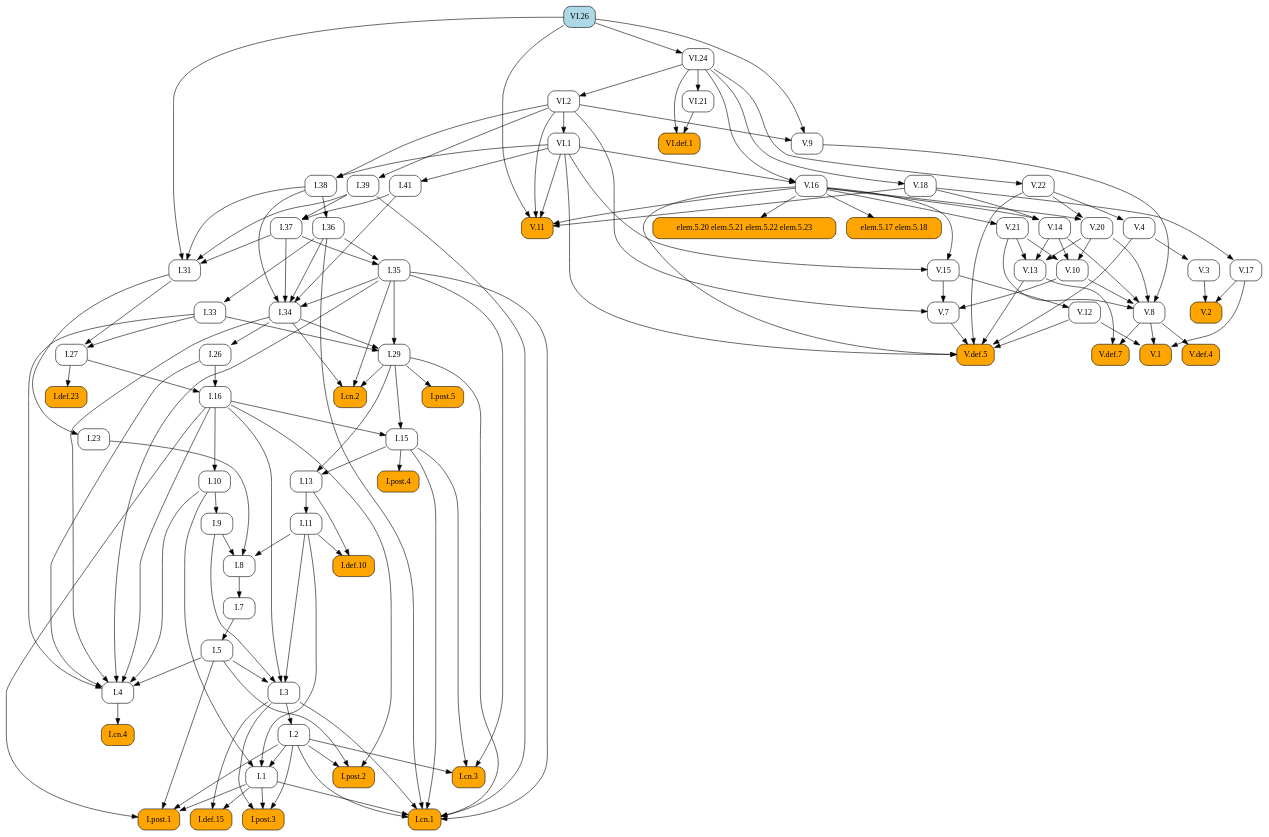
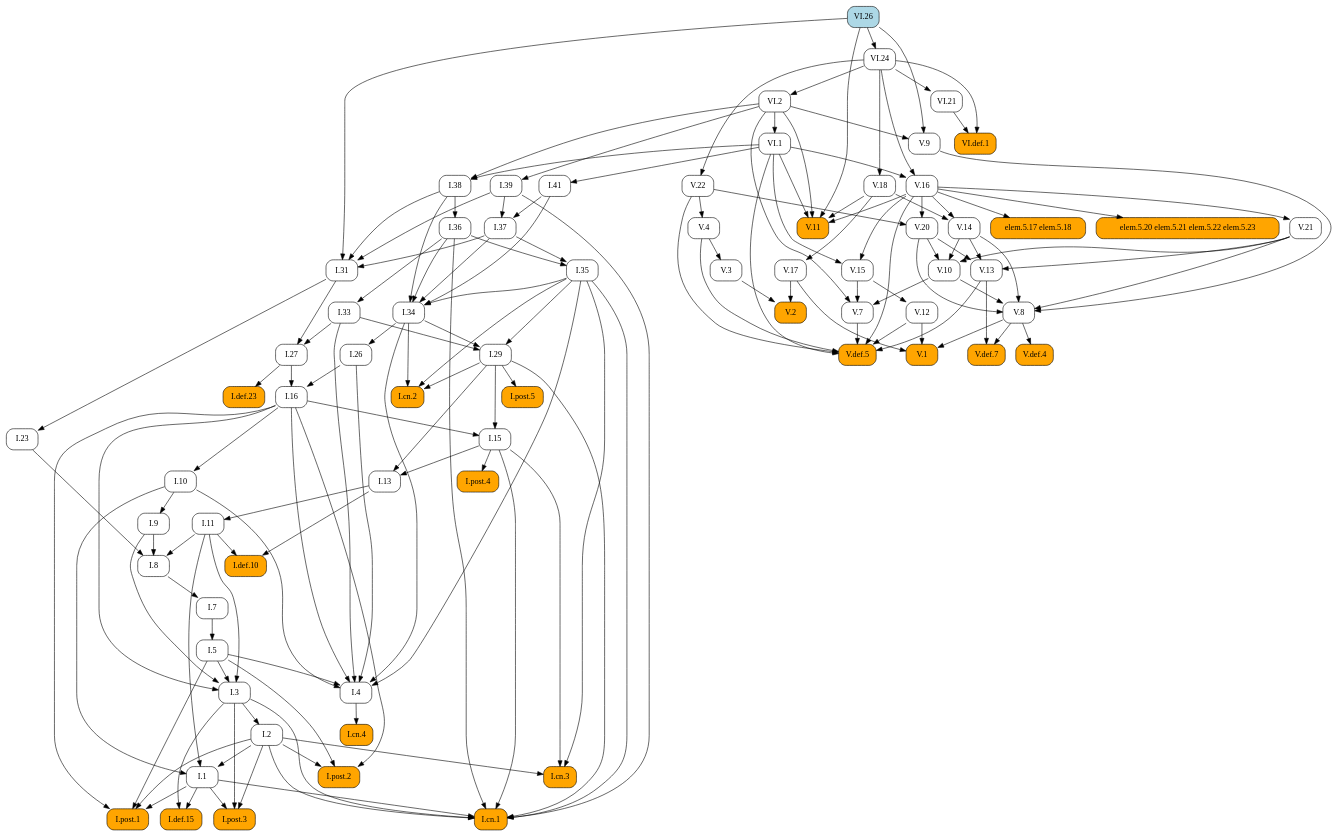
The diagram in docsrc/heath/VI/26/index.rst (geometor/elements), drawn with Graphviz before and after one commit. The commit also changed other lines of this file and 1029 other files, not shown here.

```diff
--- a/docsrc/heath/VI/26/index.rst
+++ b/docsrc/heath/VI/26/index.rst
@@ -50,135 +50,82 @@
    digraph {
      rankdir="TB";
      node [shape=box, style=rounded];
+     "I.def.10" [style="rounded,filled", fillcolor=orange, URL="/heath/I/def.10/", target="_top"];
+     "I.11" [URL="/heath/I/11/", target="_top"];
+     "I.post.4" [style="rounded,filled", fillcolor=orange, URL="/heath/I/post.4/", target="_top"];
+     "I.1" [URL="/heath/I/1/", target="_top"];
+     "VI.21" [URL="/heath/VI/21/", target="_top"];
+     "V.def.5" [style="rounded,filled", fillcolor=orange, URL="/heath/V/def.5/", target="_top"];
+     "V.13" [URL="/heath/V/13/", target="_top"];
+     "V.11" [style="rounded,filled", fillcolor=orange, URL="/heath/V/11/", target="_top"];
+     "I.post.3" [style="rounded,filled", fillcolor=orange, URL="/heath/I/post.3/", target="_top"];
+     "VI.1" [URL="/heath/VI/1/", target="_top"];
+     "I.cn.3" [style="rounded,filled", fillcolor=orange, URL="/heath/I/cn.3/", target="_top"];
+     "V.16" [URL="/heath/V/16/", target="_top"];
+     "V.3" [URL="/heath/V/3/", target="_top"];
+     "V.8" [URL="/heath/V/8/", target="_top"];
+     "I.27" [URL="/heath/I/27/", target="_top"];
+     "I.36" [URL="/heath/I/36/", target="_top"];
+     "I.41" [URL="/heath/I/41/", target="_top"];
+     "I.37" [URL="/heath/I/37/", target="_top"];
+     "I.34" [URL="/heath/I/34/", target="_top"];
+     "I.2" [URL="/heath/I/2/", target="_top"];
+     "I.def.23" [style="rounded,filled", fillcolor=orange, URL="/heath/I/def.23/", target="_top"];
+     "I.33" [URL="/heath/I/33/", target="_top"];
+     "I.post.2" [style="rounded,filled", fillcolor=orange, URL="/heath/I/post.2/", target="_top"];
+     "VI.def.1" [style="rounded,filled", fillcolor=orange, URL="/heath/VI/def.1/", target="_top"];
+     "elem.5.20 elem.5.21 elem.5.22 elem.5.23" [style="rounded,filled", fillcolor=orange];
+     "I.9" [URL="/heath/I/9/", target="_top"];
+     "VI.26" [style="rounded,filled", fillcolor=lightblue, URL="/heath/VI/26/", target="_top"];
+     "V.def.4" [style="rounded,filled", fillcolor=orange, URL="/heath/V/def.4/", target="_top"];
+     "I.cn.4" [style="rounded,filled", fillcolor=orange, URL="/heath/I/cn.4/", target="_top"];
+     "I.15" [URL="/heath/I/15/", target="_top"];
+     "I.38" [URL="/heath/I/38/", target="_top"];
+     "V.def.7" [style="rounded,filled", fillcolor=orange, URL="/heath/V/def.7/", target="_top"];
+     "I.5" [URL="/heath/I/5/", target="_top"];
+     "V.21" [URL="/heath/V/21/", target="_top"];
+     "I.39" [URL="/heath/I/39/", target="_top"];
+     "I.26" [URL="/heath/I/26/", target="_top"];
+     "V.14" [URL="/heath/V/14/", target="_top"];
+     "I.29" [URL="/heath/I/29/", target="_top"];
+     "V.22" [URL="/heath/V/22/", target="_top"];
+     "V.12" [URL="/heath/V/12/", target="_top"];
+     "I.cn.2" [style="rounded,filled", fillcolor=orange, URL="/heath/I/cn.2/", target="_top"];
+     "V.20" [URL="/heath/V/20/", target="_top"];
+     "V.10" [URL="/heath/V/10/", target="_top"];
+     "VI.2" [URL="/heath/VI/2/", target="_top"];
+     "I.def.15" [style="rounded,filled", fillcolor=orange, URL="/heath/I/def.15/", target="_top"];
+     "V.15" [URL="/heath/V/15/", target="_top"];
+     "I.cn.1" [style="rounded,filled", fillcolor=orange, URL="/heath/I/cn.1/", target="_top"];
+     "V.7" [URL="/heath/V/7/", target="_top"];
+     "V.9" [URL="/heath/V/9/", target="_top"];
+     "V.18" [URL="/heath/V/18/", target="_top"];
+     "I.23" [URL="/heath/I/23/", target="_top"];
+     "I.post.1" [style="rounded,filled", fillcolor=orange, URL="/heath/I/post.1/", target="_top"];
+     "I.35" [URL="/heath/I/35/", target="_top"];
+     "I.7" [URL="/heath/I/7/", target="_top"];
+     "I.3" [URL="/heath/I/3/", target="_top"];
+     "I.4" [URL="/heath/I/4/", target="_top"];
+     "V.17" [URL="/heath/V/17/", target="_top"];
+     "I.13" [URL="/heath/I/13/", target="_top"];
+     "V.4" [URL="/heath/V/4/", target="_top"];
+     "I.31" [URL="/heath/I/31/", target="_top"];
      "V.1" [style="rounded,filled", fillcolor=orange, URL="/heath/V/1/", target="_top"];
-     "I.7" [URL="/heath/I/7/", target="_top"];
-     "I.29" [URL="/heath/I/29/", target="_top"];
-     "I.27" [URL="/heath/I/27/", target="_top"];
-     "I.def.23" [style="rounded,filled", fillcolor=orange, URL="/heath/I/def.23/", target="_top"];
-     "V.20" [URL="/heath/V/20/", target="_top"];
-     "I.34" [URL="/heath/I/34/", target="_top"];
+     "I.16" [URL="/heath/I/16/", target="_top"];
+     "VI.24" [URL="/heath/VI/24/", target="_top"];
+     "elem.5.17 elem.5.18" [style="rounded,filled", fillcolor=orange];
      "I.8" [URL="/heath/I/8/", target="_top"];
      "V.2" [style="rounded,filled", fillcolor=orange, URL="/heath/V/2/", target="_top"];
-     "I.9" [URL="/heath/I/9/", target="_top"];
-     "V.22" [URL="/heath/V/22/", target="_top"];
-     "I.post.4" [style="rounded,filled", fillcolor=orange, URL="/heath/I/post.4/", target="_top"];
-     "I.2" [URL="/heath/I/2/", target="_top"];
-     "VI.21" [URL="/heath/VI/21/", target="_top"];
-     "V.4" [URL="/heath/V/4/", target="_top"];
-     "I.cn.4" [style="rounded,filled", fillcolor=orange, URL="/heath/I/cn.4/", target="_top"];
-     "VI.24" [URL="/heath/VI/24/", target="_top"];
-     "VI.2" [URL="/heath/VI/2/", target="_top"];
-     "elem.5.20 elem.5.21 elem.5.22 elem.5.23" [style="rounded,filled", fillcolor=orange];
-     "I.23" [URL="/heath/I/23/", target="_top"];
-     "I.13" [URL="/heath/I/13/", target="_top"];
-     "I.5" [URL="/heath/I/5/", target="_top"];
-     "VI.26" [style="rounded,filled", fillcolor=lightblue, URL="/heath/VI/26/", target="_top"];
-     "I.11" [URL="/heath/I/11/", target="_top"];
-     "I.4" [URL="/heath/I/4/", target="_top"];
-     "I.def.10" [style="rounded,filled", fillcolor=orange, URL="/heath/I/def.10/", target="_top"];
-     "I.post.3" [style="rounded,filled", fillcolor=orange, URL="/heath/I/post.3/", target="_top"];
-     "V.9" [URL="/heath/V/9/", target="_top"];
-     "VI.def.1" [style="rounded,filled", fillcolor=orange, URL="/heath/VI/def.1/", target="_top"];
-     "elem.5.17 elem.5.18" [style="rounded,filled", fillcolor=orange];
-     "V.17" [URL="/heath/V/17/", target="_top"];
-     "V.3" [URL="/heath/V/3/", target="_top"];
-     "I.36" [URL="/heath/I/36/", target="_top"];
-     "V.12" [URL="/heath/V/12/", target="_top"];
-     "I.15" [URL="/heath/I/15/", target="_top"];
-     "I.41" [URL="/heath/I/41/", target="_top"];
-     "V.def.5" [style="rounded,filled", fillcolor=orange, URL="/heath/V/def.5/", target="_top"];
-     "I.cn.3" [style="rounded,filled", fillcolor=orange, URL="/heath/I/cn.3/", target="_top"];
-     "V.16" [URL="/heath/V/16/", target="_top"];
-     "I.38" [URL="/heath/I/38/", target="_top"];
-     "V.15" [URL="/heath/V/15/", target="_top"];
-     "V.def.4" [style="rounded,filled", fillcolor=orange, URL="/heath/V/def.4/", target="_top"];
-     "V.21" [URL="/heath/V/21/", target="_top"];
-     "V.8" [URL="/heath/V/8/", target="_top"];
-     "V.7" [URL="/heath/V/7/", target="_top"];
-     "I.1" [URL="/heath/I/1/", target="_top"];
-     "I.def.15" [style="rounded,filled", fillcolor=orange, URL="/heath/I/def.15/", target="_top"];
-     "I.post.1" [style="rounded,filled", fillcolor=orange, URL="/heath/I/post.1/", target="_top"];
-     "V.13" [URL="/heath/V/13/", target="_top"];
-     "I.26" [URL="/heath/I/26/", target="_top"];
-     "I.33" [URL="/heath/I/33/", target="_top"];
-     "V.def.7" [style="rounded,filled", fillcolor=orange, URL="/heath/V/def.7/", target="_top"];
-     "I.39" [URL="/heath/I/39/", target="_top"];
-     "I.cn.2" [style="rounded,filled", fillcolor=orange, URL="/heath/I/cn.2/", target="_top"];
-     "V.10" [URL="/heath/V/10/", target="_top"];
+     "I.post.5" [style="rounded,filled", fillcolor=orange, URL="/heath/I/post.5/", target="_top"];
      "I.10" [URL="/heath/I/10/", target="_top"];
-     "I.3" [URL="/heath/I/3/", target="_top"];
-     "I.16" [URL="/heath/I/16/", target="_top"];
-     "I.31" [URL="/heath/I/31/", target="_top"];
-     "V.11" [style="rounded,filled", fillcolor=orange, URL="/heath/V/11/", target="_top"];
-     "I.post.2" [style="rounded,filled", fillcolor=orange, URL="/heath/I/post.2/", target="_top"];
-     "VI.1" [URL="/heath/VI/1/", target="_top"];
-     "I.post.5" [style="rounded,filled", fillcolor=orange, URL="/heath/I/post.5/", target="_top"];
-     "V.18" [URL="/heath/V/18/", target="_top"];
-     "I.35" [URL="/heath/I/35/", target="_top"];
-     "I.cn.1" [style="rounded,filled", fillcolor=orange, URL="/heath/I/cn.1/", target="_top"];
-     "I.37" [URL="/heath/I/37/", target="_top"];
-     "V.14" [URL="/heath/V/14/", target="_top"];
-     "V.8" -> "V.1";
-     "V.12" -> "V.1";
-     "V.17" -> "V.1";
-     "I.8" -> "I.7";
-     "I.33" -> "I.29";
-     "I.34" -> "I.29";
-     "I.35" -> "I.29";
-     "I.31" -> "I.27";
-     "I.33" -> "I.27";
-     "I.27" -> "I.def.23";
-     "V.16" -> "V.20";
-     "V.22" -> "V.20";
-     "I.35" -> "I.34";
-     "I.36" -> "I.34";
-     "I.37" -> "I.34";
-     "I.38" -> "I.34";
-     "I.41" -> "I.34";
-     "I.9" -> "I.8";
-     "I.11" -> "I.8";
-     "I.23" -> "I.8";
-     "V.3" -> "V.2";
-     "V.17" -> "V.2";
-     "I.10" -> "I.9";
-     "VI.24" -> "V.22";
-     "I.15" -> "I.post.4";
-     "I.3" -> "I.2";
-     "VI.24" -> "VI.21";
-     "V.22" -> "V.4";
-     "I.4" -> "I.cn.4";
-     "VI.26" -> "VI.24";
-     "VI.24" -> "VI.2";
-     "V.16" -> "elem.5.20 elem.5.21 elem.5.22 elem.5.23";
-     "I.31" -> "I.23";
-     "I.15" -> "I.13";
-     "I.29" -> "I.13";
-     "I.7" -> "I.5";
-     "I.13" -> "I.11";
-     "I.5" -> "I.4";
-     "I.10" -> "I.4";
-     "I.16" -> "I.4";
-     "I.26" -> "I.4";
-     "I.33" -> "I.4";
-     "I.34" -> "I.4";
-     "I.35" -> "I.4";
      "I.11" -> "I.def.10";
      "I.13" -> "I.def.10";
-     "I.1" -> "I.post.3";
-     "I.2" -> "I.post.3";
-     "I.3" -> "I.post.3";
-     "VI.2" -> "V.9";
-     "VI.26" -> "V.9";
-     "VI.21" -> "VI.def.1";
-     "VI.24" -> "VI.def.1";
-     "V.16" -> "elem.5.17 elem.5.18";
-     "V.18" -> "V.17";
-     "V.4" -> "V.3";
-     "I.38" -> "I.36";
-     "V.15" -> "V.12";
-     "I.16" -> "I.15";
-     "I.29" -> "I.15";
-     "VI.1" -> "I.41";
+     "I.13" -> "I.11";
+     "I.15" -> "I.post.4";
+     "I.2" -> "I.1";
+     "I.10" -> "I.1";
+     "I.11" -> "I.1";
+     "VI.24" -> "VI.21";
      "V.4" -> "V.def.5";
      "V.7" -> "V.def.5";
      "V.12" -> "V.def.5";
@@ -186,72 +133,82 @@
      "V.16" -> "V.def.5";
      "V.22" -> "V.def.5";
      "VI.1" -> "V.def.5";
+     "V.14" -> "V.13";
+     "V.20" -> "V.13";
+     "V.21" -> "V.13";
+     "V.16" -> "V.11";
+     "V.18" -> "V.11";
+     "VI.1" -> "V.11";
+     "VI.2" -> "V.11";
+     "VI.26" -> "V.11";
+     "I.1" -> "I.post.3";
+     "I.2" -> "I.post.3";
+     "I.3" -> "I.post.3";
+     "VI.2" -> "VI.1";
      "I.2" -> "I.cn.3";
      "I.15" -> "I.cn.3";
      "I.35" -> "I.cn.3";
      "VI.1" -> "V.16";
      "VI.24" -> "V.16";
-     "VI.1" -> "I.38";
-     "VI.2" -> "I.38";
-     "V.16" -> "V.15";
-     "VI.1" -> "V.15";
-     "V.8" -> "V.def.4";
-     "V.16" -> "V.21";
+     "V.4" -> "V.3";
      "V.9" -> "V.8";
      "V.10" -> "V.8";
      "V.14" -> "V.8";
      "V.20" -> "V.8";
      "V.21" -> "V.8";
-     "V.10" -> "V.7";
-     "V.15" -> "V.7";
-     "VI.2" -> "V.7";
-     "I.2" -> "I.1";
-     "I.10" -> "I.1";
-     "I.11" -> "I.1";
-     "I.1" -> "I.def.15";
-     "I.3" -> "I.def.15";
-     "I.1" -> "I.post.1";
-     "I.2" -> "I.post.1";
-     "I.5" -> "I.post.1";
-     "I.16" -> "I.post.1";
-     "V.14" -> "V.13";
-     "V.20" -> "V.13";
-     "V.21" -> "V.13";
-     "I.34" -> "I.26";
+     "I.31" -> "I.27";
+     "I.33" -> "I.27";
+     "I.38" -> "I.36";
+     "VI.1" -> "I.41";
+     "I.39" -> "I.37";
+     "I.41" -> "I.37";
+     "I.35" -> "I.34";
+     "I.36" -> "I.34";
+     "I.37" -> "I.34";
+     "I.38" -> "I.34";
+     "I.41" -> "I.34";
+     "I.3" -> "I.2";
+     "I.27" -> "I.def.23";
      "I.36" -> "I.33";
+     "I.2" -> "I.post.2";
+     "I.5" -> "I.post.2";
+     "I.16" -> "I.post.2";
+     "VI.21" -> "VI.def.1";
+     "VI.24" -> "VI.def.1";
+     "V.16" -> "elem.5.20 elem.5.21 elem.5.22 elem.5.23";
+     "I.10" -> "I.9";
+     "V.8" -> "V.def.4";
+     "I.4" -> "I.cn.4";
+     "I.16" -> "I.15";
+     "I.29" -> "I.15";
+     "VI.1" -> "I.38";
+     "VI.2" -> "I.38";
      "V.8" -> "V.def.7";
      "V.13" -> "V.def.7";
+     "I.7" -> "I.5";
+     "V.16" -> "V.21";
      "VI.2" -> "I.39";
+     "I.34" -> "I.26";
+     "V.16" -> "V.14";
+     "V.18" -> "V.14";
+     "I.33" -> "I.29";
+     "I.34" -> "I.29";
+     "I.35" -> "I.29";
+     "VI.24" -> "V.22";
+     "V.15" -> "V.12";
      "I.29" -> "I.cn.2";
      "I.34" -> "I.cn.2";
      "I.35" -> "I.cn.2";
+     "V.16" -> "V.20";
+     "V.22" -> "V.20";
      "V.14" -> "V.10";
      "V.20" -> "V.10";
      "V.21" -> "V.10";
-     "I.16" -> "I.10";
-     "I.5" -> "I.3";
-     "I.9" -> "I.3";
-     "I.11" -> "I.3";
-     "I.16" -> "I.3";
-     "I.26" -> "I.16";
-     "I.27" -> "I.16";
-     "I.37" -> "I.31";
-     "I.38" -> "I.31";
-     "I.39" -> "I.31";
-     "VI.26" -> "I.31";
-     "V.16" -> "V.11";
-     "V.18" -> "V.11";
-     "VI.1" -> "V.11";
-     "VI.2" -> "V.11";
-     "VI.26" -> "V.11";
-     "I.2" -> "I.post.2";
-     "I.5" -> "I.post.2";
-     "I.16" -> "I.post.2";
-     "VI.2" -> "VI.1";
-     "I.29" -> "I.post.5";
-     "VI.24" -> "V.18";
-     "I.36" -> "I.35";
-     "I.37" -> "I.35";
+     "VI.24" -> "VI.2";
+     "I.1" -> "I.def.15";
+     "I.3" -> "I.def.15";
+     "V.16" -> "V.15";
+     "VI.1" -> "V.15";
      "I.1" -> "I.cn.1";
      "I.2" -> "I.cn.1";
      "I.3" -> "I.cn.1";
@@ -260,8 +217,51 @@
      "I.35" -> "I.cn.1";
      "I.36" -> "I.cn.1";
      "I.39" -> "I.cn.1";
-     "I.39" -> "I.37";
-     "I.41" -> "I.37";
-     "V.16" -> "V.14";
-     "V.18" -> "V.14";
+     "V.10" -> "V.7";
+     "V.15" -> "V.7";
+     "VI.2" -> "V.7";
+     "VI.2" -> "V.9";
+     "VI.26" -> "V.9";
+     "VI.24" -> "V.18";
+     "I.31" -> "I.23";
+     "I.1" -> "I.post.1";
+     "I.2" -> "I.post.1";
+     "I.5" -> "I.post.1";
+     "I.16" -> "I.post.1";
+     "I.36" -> "I.35";
+     "I.37" -> "I.35";
+     "I.8" -> "I.7";
+     "I.5" -> "I.3";
+     "I.9" -> "I.3";
+     "I.11" -> "I.3";
+     "I.16" -> "I.3";
+     "I.5" -> "I.4";
+     "I.10" -> "I.4";
+     "I.16" -> "I.4";
+     "I.26" -> "I.4";
+     "I.33" -> "I.4";
+     "I.34" -> "I.4";
+     "I.35" -> "I.4";
+     "V.18" -> "V.17";
+     "I.15" -> "I.13";
+     "I.29" -> "I.13";
+     "V.22" -> "V.4";
+     "I.37" -> "I.31";
+     "I.38" -> "I.31";
+     "I.39" -> "I.31";
+     "VI.26" -> "I.31";
+     "V.8" -> "V.1";
+     "V.12" -> "V.1";
+     "V.17" -> "V.1";
+     "I.26" -> "I.16";
+     "I.27" -> "I.16";
+     "VI.26" -> "VI.24";
+     "V.16" -> "elem.5.17 elem.5.18";
+     "I.9" -> "I.8";
+     "I.11" -> "I.8";
+     "I.23" -> "I.8";
+     "V.3" -> "V.2";
+     "V.17" -> "V.2";
+     "I.29" -> "I.post.5";
+     "I.16" -> "I.10";
    }
```
